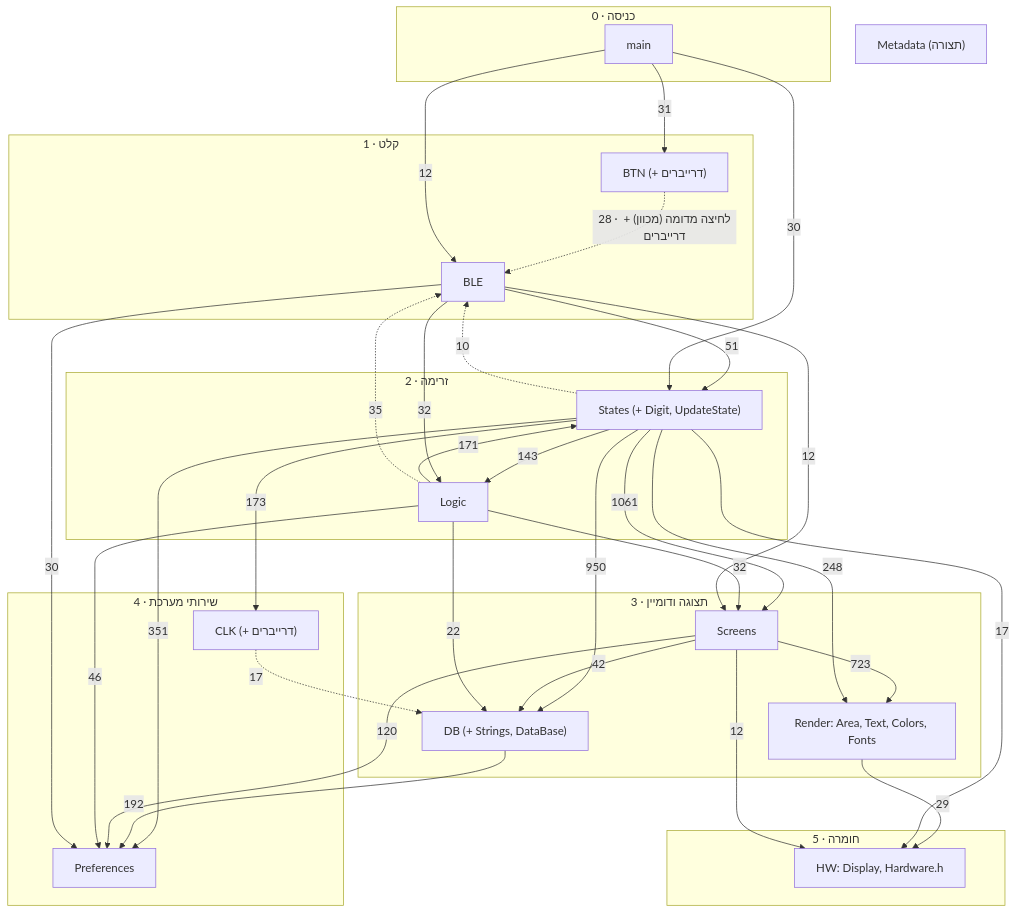
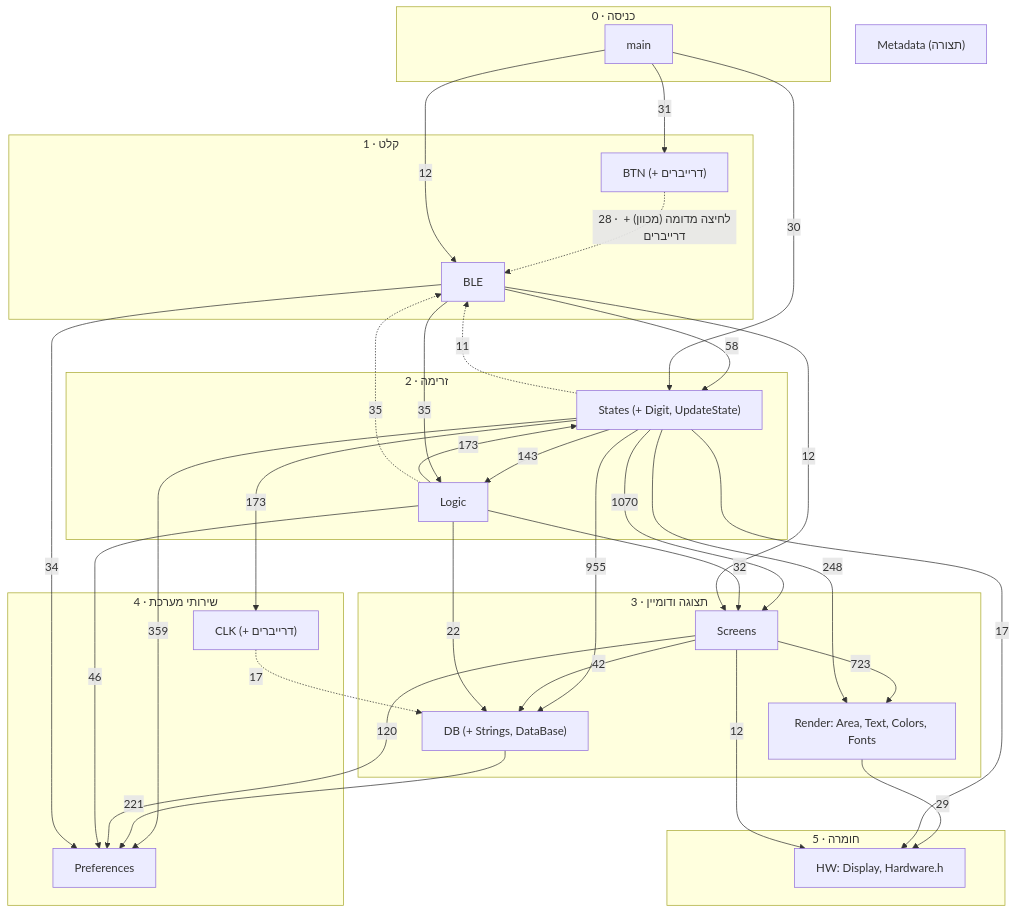
The first of 9 diagrams in docs/architecture/dependencies.md (yeudap/ledhaarets-fw), drawn with Mermaid before and after one commit. The commit also changed other lines of this file and 2 other files, not shown here.

````diff
--- a/docs/architecture/dependencies.md
+++ b/docs/architecture/dependencies.md
@@ -99,56 +122,56 @@
 ```mermaid
 flowchart TD
   subgraph L0["0 · כניסה"]
     MAIN["main"]
   end
   subgraph L1["1 · קלט"]
     BLE["BLE"]
     BTN["BTN (+ דרייברים)"]
   end
   subgraph L2["2 · זרימה"]
     LOGIC["Logic"]
     STATES["States (+ Digit, UpdateState)"]
   end
   subgraph L3["3 · תצוגה ודומיין"]
     SCREENS["Screens"]
     RENDER["Render: Area, Text, Colors, Fonts"]
     DB["DB (+ Strings, DataBase)"]
   end
   subgraph L4["4 · שירותי מערכת"]
     PREFS["Preferences"]
     CLK["CLK (+ דרייברים)"]
   end
   subgraph L5["5 · חומרה"]
     HW["HW: Display, Hardware.h"]
   end
   META["Metadata (תצורה)"]
 
-  STATES -->|1061| SCREENS
-  STATES -->|950| DB
+  STATES -->|1070| SCREENS
+  STATES -->|955| DB
   SCREENS -->|723| RENDER
-  STATES -->|351| PREFS
+  STATES -->|359| PREFS
   STATES -->|248| RENDER
-  DB -->|192| PREFS
+  DB -->|221| PREFS
+  LOGIC -->|173| STATES
   STATES -->|173| CLK
-  LOGIC -->|171| STATES
   STATES -->|143| LOGIC
   SCREENS -->|120| PREFS
-  BLE -->|51| STATES
+  BLE -->|58| STATES
   LOGIC -->|46| PREFS
   SCREENS -->|42| DB
+  BLE -->|35| LOGIC
   LOGIC -.->|35| BLE
+  BLE -->|34| PREFS
   LOGIC -->|32| SCREENS
-  BLE -->|32| LOGIC
   MAIN -->|31| BTN
   MAIN -->|30| STATES
-  BLE -->|30| PREFS
   RENDER -->|29| HW
   BTN -.->|"28 · לחיצה מדומה (מכוון) + דרייברים"| BLE
   LOGIC -->|22| DB
   CLK -.->|17| DB
   STATES -->|17| HW
   MAIN -->|12| BLE
   BLE -->|12| SCREENS
   SCREENS -->|12| HW
-  STATES -.->|10| BLE
+  STATES -.->|11| BLE
 ```
````
